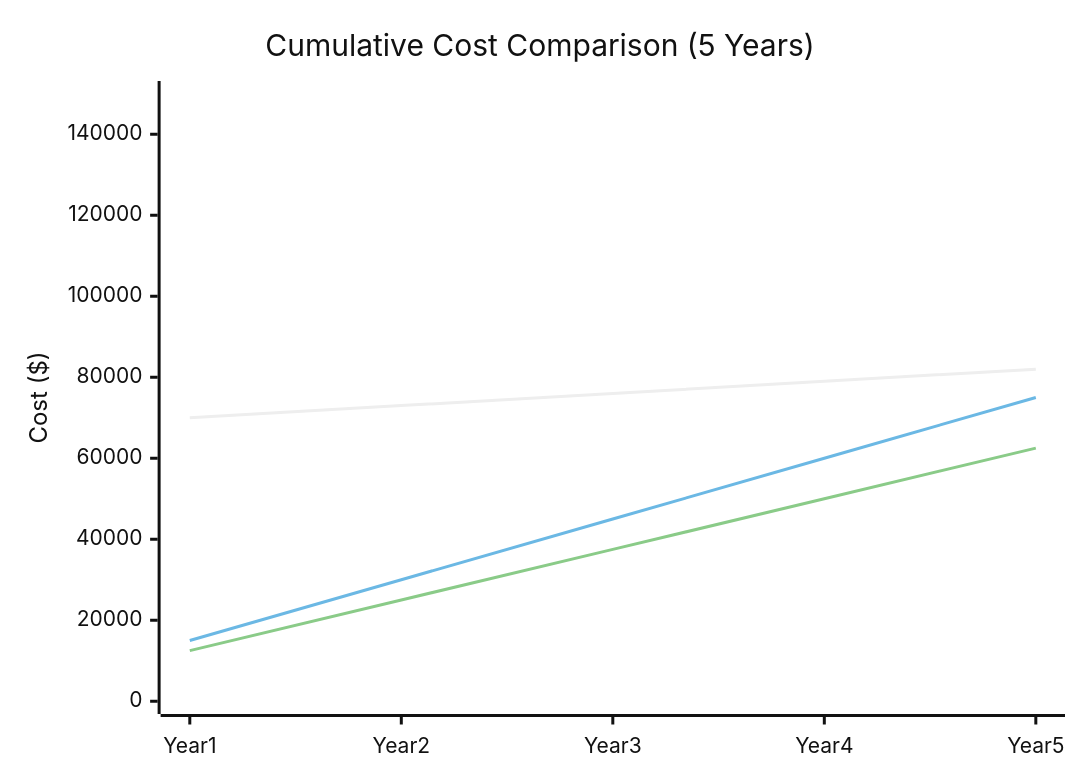
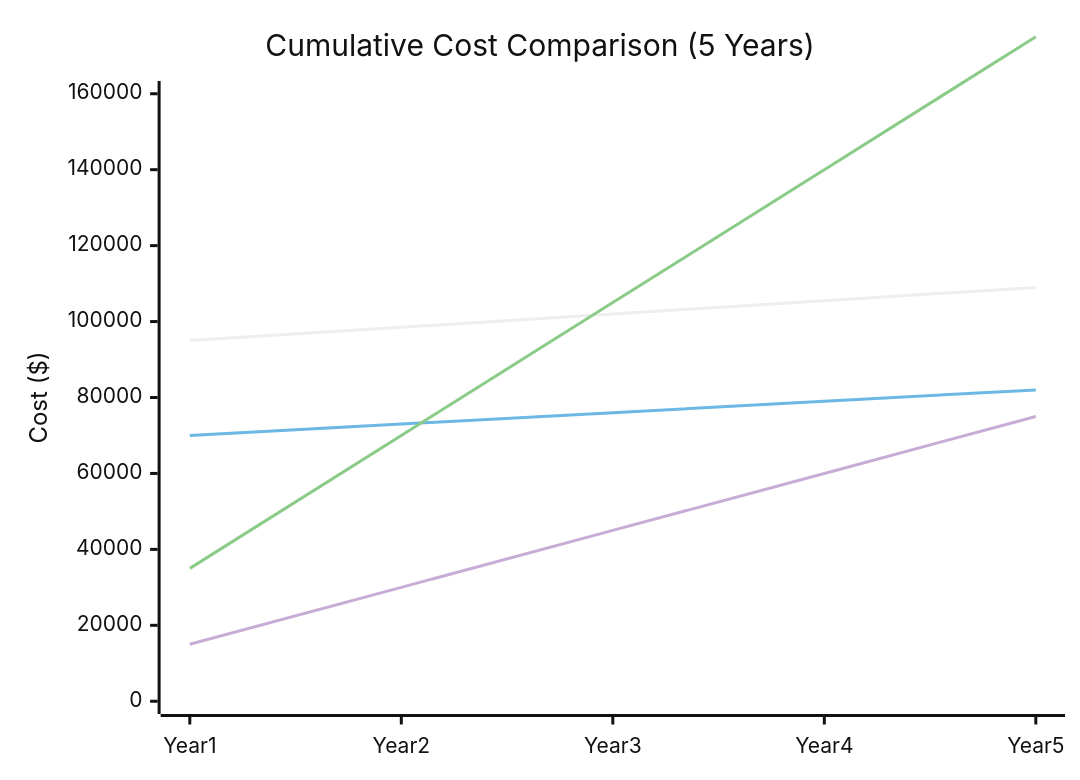
Before and after one commit to elikiedrowski/ECI_Site_Construction: the third of 3 diagrams in Project-Cost-Estimate.md, drawn with Mermaid (neutral theme). The commit also changed other lines of this file, not shown here.

````diff
--- a/Project-Cost-Estimate.md
+++ b/Project-Cost-Estimate.md
@@ -365,9 +436,10 @@
 ```mermaid
 xychart-beta
     title "Cumulative Cost Comparison (5 Years)"
     x-axis [Year 1, Year 2, Year 3, Year 4, Year 5]
-    y-axis "Cost ($)" 0 --> 150000
-    line "Custom Solution" [70000, 73000, 76000, 79000, 82000]
-    line "Shred.ai" [15000, 30000, 45000, 60000, 75000]
-    line "Unanet" [12500, 25000, 37500, 50000, 62500]
+    y-axis "Cost ($)" 0 --> 160000
+    line "Custom Platform (All 5 Modules)" [95000, 98500, 102000, 105500, 109000]
+    line "Custom (Proposals Only)" [70000, 73000, 76000, 79000, 82000]
+    line "Shred.ai + Other Vendors" [35000, 70000, 105000, 140000, 175000]
+    line "Shred.ai Only" [15000, 30000, 45000, 60000, 75000]
 ```
````
